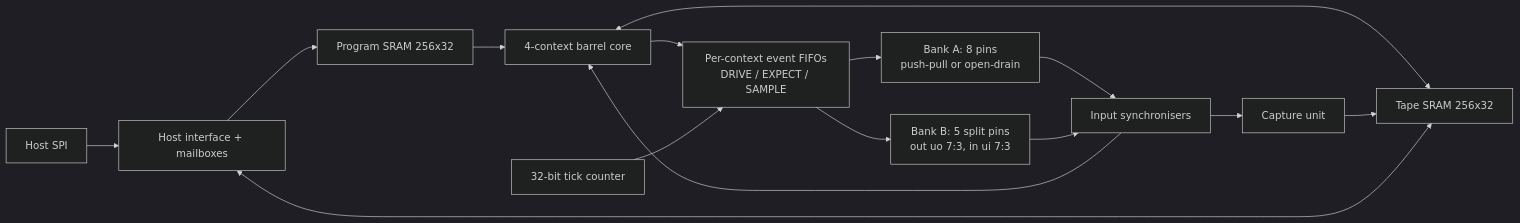
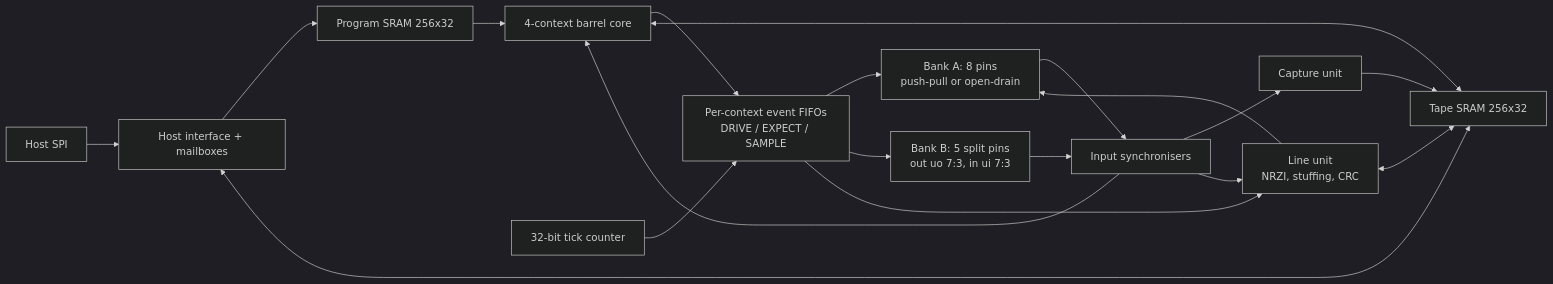
Before and after one commit to parthDOOM/escapement: the diagram in README.md, drawn with Mermaid (dark theme). The commit also changed other lines of this file and 13 other files, not shown here.

````diff
--- a/README.md
+++ b/README.md
@@ -49,17 +49,21 @@
 ```mermaid
 flowchart LR
     Host[Host SPI] --> Ctl[Host interface + mailboxes]
     Ctl --> IMEM[Program SRAM 256x32]
     IMEM --> Core[4-context barrel core]
     Core --> Q[Per-context event FIFOs<br/>DRIVE / EXPECT / SAMPLE]
     Time[32-bit tick counter] --> Q
     Q --> Pins[Bank A: 8 pins<br/>push-pull or open-drain]
     Q --> PinsB[Bank B: 5 split pins<br/>out uo 7:3, in ui 7:3]
     Pins --> Sync[Input synchronisers]
     PinsB --> Sync
     Sync --> Core
     Sync --> Cap[Capture unit]
     Core <--> Tape[Tape SRAM 256x32]
     Cap --> Tape
     Ctl <--> Tape
+    Q --> LU[Line unit<br/>NRZI, stuffing, CRC]
+    LU <--> Tape
+    LU --> Pins
+    Sync --> LU
 ```
````
